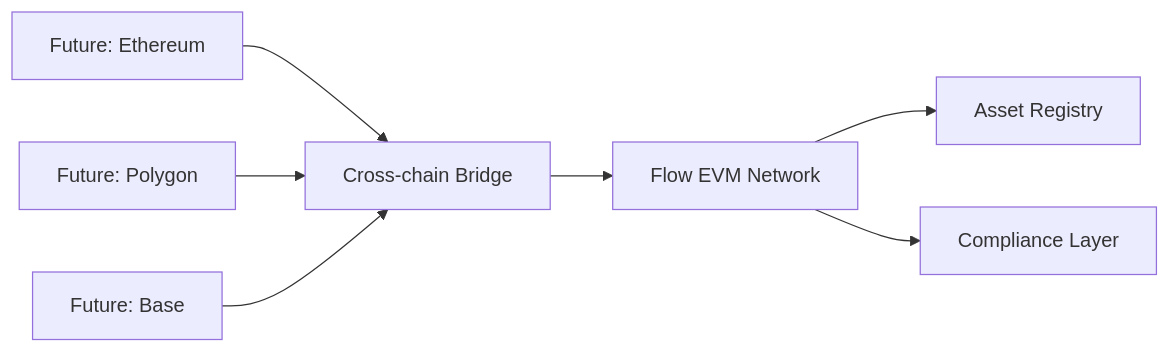
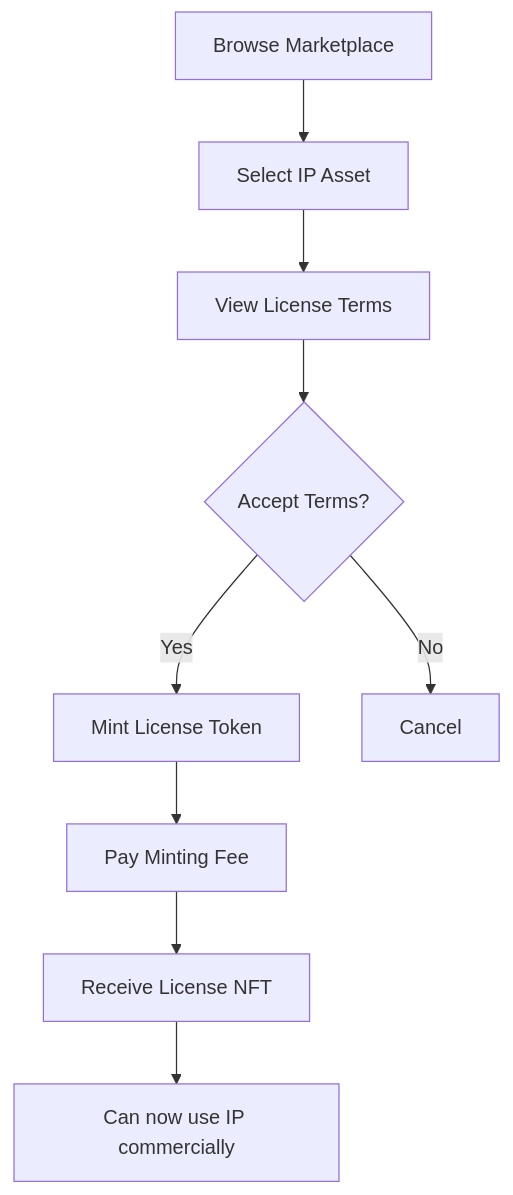
One commit to 18Abhinav07/Orion changed the third of 10 diagrams in README.md. Above: the diagram before and after it, drawn with Mermaid. The commit also changed other lines of this file, not shown here.

````diff
--- a/README.md
+++ b/README.md
@@ -155,9 +140,11 @@
 ```mermaid
-graph LR
-    A[Flow EVM Network] --> B[Asset Registry]
-    A --> C[Compliance Layer]
-    D[Future: Ethereum] --> E[Cross-chain Bridge]
-    F[Future: Polygon] --> E
-    G[Future: Base] --> E
-    E --> A
+graph TD
+    A[Browse Marketplace] --> B[Select IP Asset]
+    B --> C[View License Terms]
+    C --> D{Accept Terms?}
+    D -->|Yes| E[Mint License Token]
+    D -->|No| F[Cancel]
+    E --> G[Pay Minting Fee]
+    G --> H[Receive License NFT]
+    H --> I[Can now use IP commercially]
 ```
````
